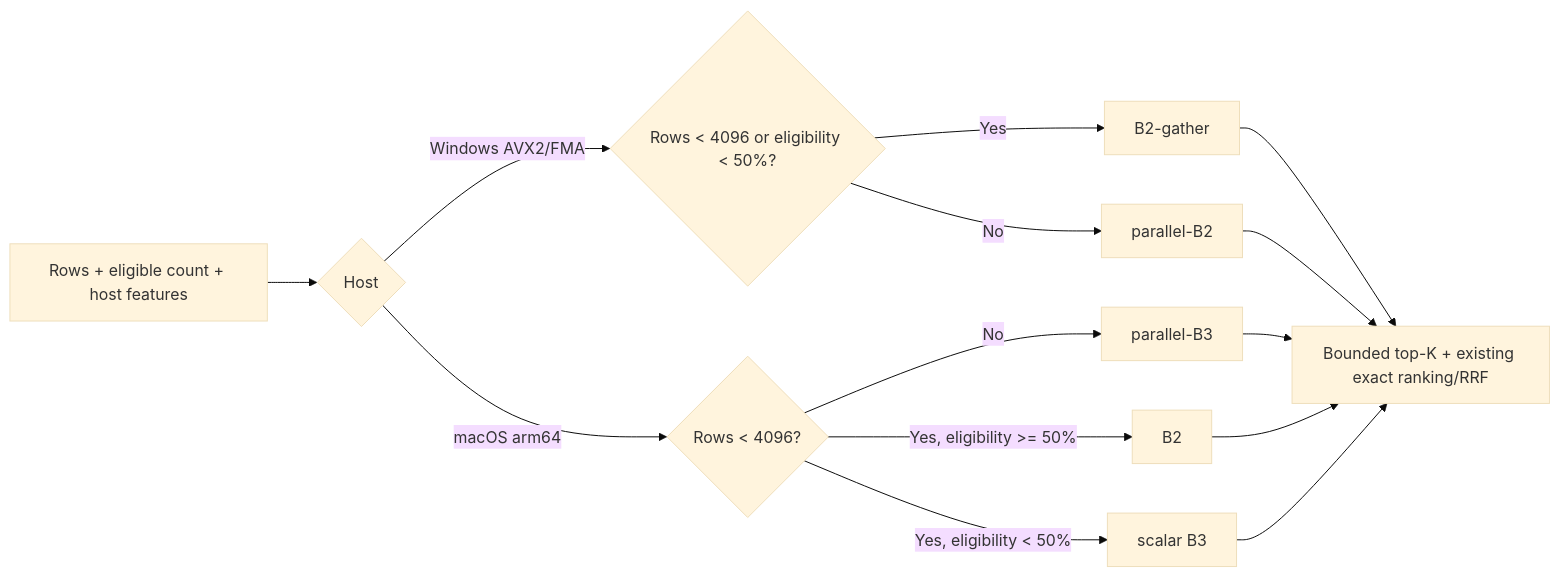
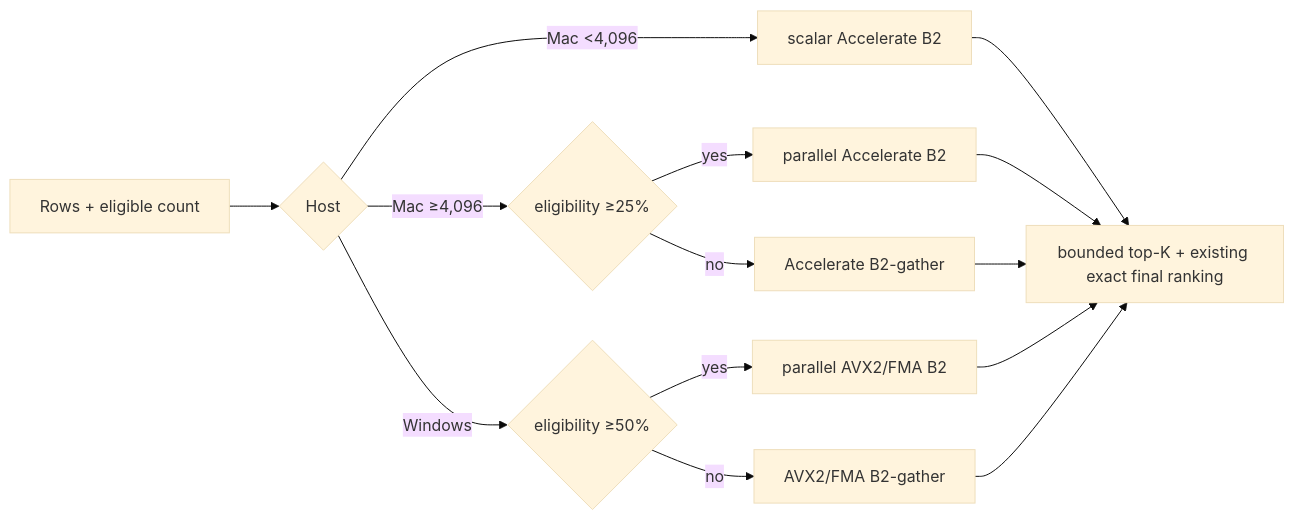
The diagram in docs/benchmarks/vector-backend/2026-08-02-rust-vector-optimization-bakeoff-2-report.md (Orthic-Labs/Membrane), drawn with Mermaid (base theme) before and after one commit. The commit also changed other lines of this file and 50 other files, not shown here.

````diff
--- a/docs/benchmarks/vector-backend/2026-08-02-rust-vector-optimization-bakeoff-2-report.md
+++ b/docs/benchmarks/vector-backend/2026-08-02-rust-vector-optimization-bakeoff-2-report.md
@@ -19,16 +27,16 @@
 ```mermaid
 flowchart LR
-    Q["Rows + eligible count + host features"] --> H{"Host"}
-    H -->|"Windows AVX2/FMA"| WS{"Rows < 4096 or eligibility < 50%?"}
-    WS -->|"Yes"| WG["B2-gather"]
-    WS -->|"No"| WP["parallel-B2"]
-    H -->|"macOS arm64"| MS{"Rows < 4096?"}
-    MS -->|"No"| MP["parallel-B3"]
-    MS -->|"Yes, eligibility >= 50%"| MB["B2"]
-    MS -->|"Yes, eligibility < 50%"| MQ["scalar B3"]
-    WG --> F["Bounded top-K + existing exact ranking/RRF"]
-    WP --> F
-    MP --> F
-    MB --> F
-    MQ --> F
+    Q["Rows + eligible count"] --> H{"Host"}
+    H -->|"Mac <4,096"| MB["scalar Accelerate B2"]
+    H -->|"Mac ≥4,096"| MS{"eligibility ≥25%"}
+    MS -->|"yes"| MP["parallel Accelerate B2"]
+    MS -->|"no"| MG["Accelerate B2-gather"]
+    H -->|"Windows"| WS{"eligibility ≥50%"}
+    WS -->|"yes"| WP["parallel AVX2/FMA B2"]
+    WS -->|"no"| WG["AVX2/FMA B2-gather"]
+    MB --> R["bounded top-K + existing exact final ranking"]
+    MP --> R
+    MG --> R
+    WP --> R
+    WG --> R
 ```
````
